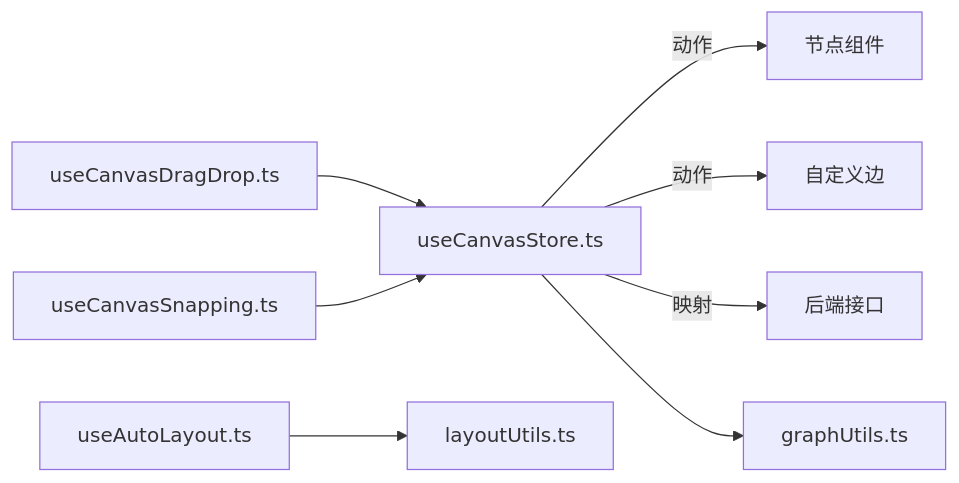
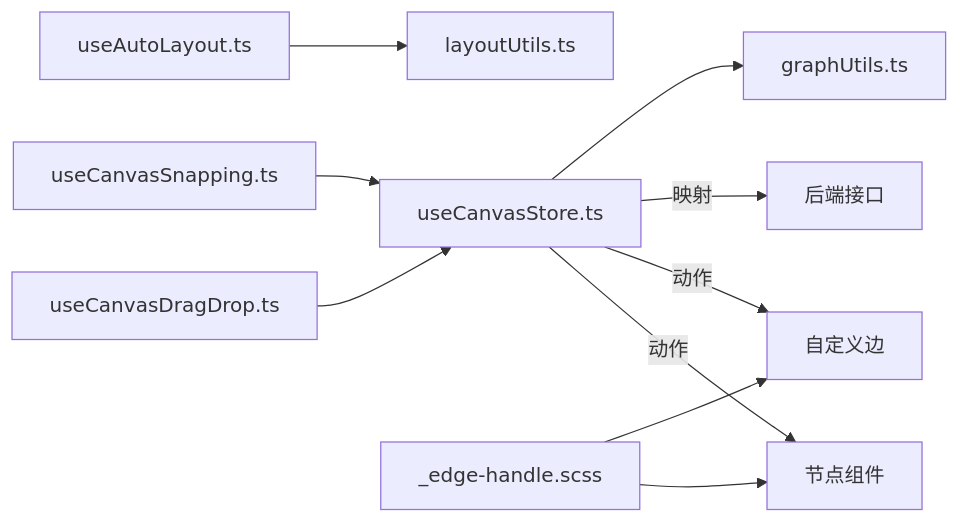
The eighth of 8 diagrams in .qoder/repowiki/zh/content/前端应用架构/UI组件库/画布组件系统/画布组件系统.md (KunLabAI/KunFlix), drawn with Mermaid before and after one commit. The commit also changed other lines of this file and 9 other files, not shown here.

````diff
--- a/.qoder/repowiki/zh/content/前端应用架构/UI组件库/画布组件系统/画布组件系统.md
+++ b/.qoder/repowiki/zh/content/前端应用架构/UI组件库/画布组件系统/画布组件系统.md
@@ -356,10 +439,12 @@
 ```mermaid
 graph LR
 Store["useCanvasStore.ts"] --> |动作| Nodes["节点组件"]
 Store --> |动作| Edges["自定义边"]
 Store --> |映射| API["后端接口"]
 DragDrop["useCanvasDragDrop.ts"] --> Store
 Snapping["useCanvasSnapping.ts"] --> Store
 AutoLayout["useAutoLayout.ts"] --> LayoutUtils["layoutUtils.ts"]
 Store --> GraphUtils["graphUtils.ts"]
+EdgeStyles["_edge-handle.scss"] --> Nodes
+EdgeStyles --> Edges
 ```
````
